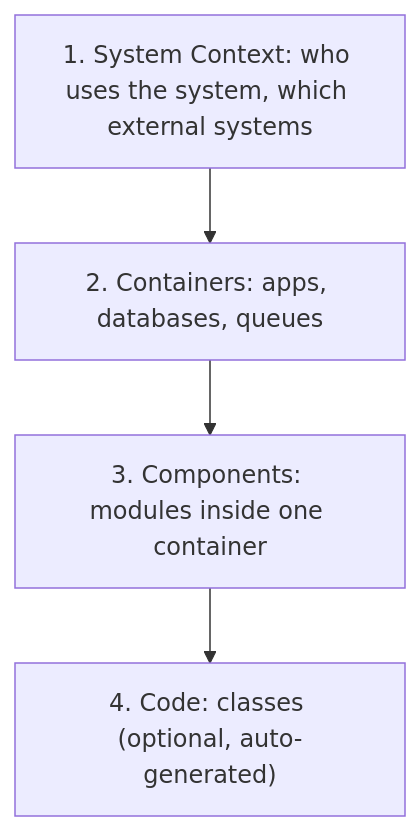
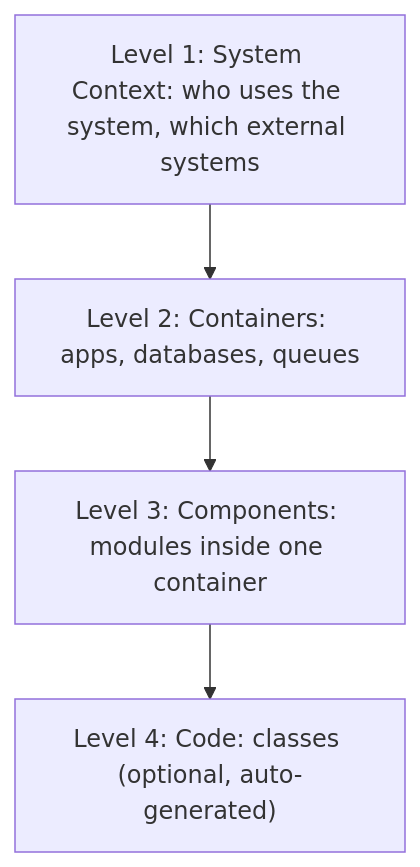
The first of 2 diagrams in eng/37. Architecture and Technical Leadership/10. How to document architecture with ADRs and the C4 model.md (saraswatdeepesh19/Interview-Preparation), drawn with Mermaid before and after one commit. The commit also changed 8 other files, not shown here.

First line of the commit message:
Render Mermaid diagrams on the site

````diff
--- a/eng/37. Architecture and Technical Leadership/10. How to document architecture with ADRs and the C4 model.md
+++ b/eng/37. Architecture and Technical Leadership/10. How to document architecture with ADRs and the C4 model.md
@@ -12,6 +12,6 @@
 ```mermaid
 graph TD
-    A["1. System Context: who uses the system, which external systems"] --> B["2. Containers: apps, databases, queues"]
-    B --> C["3. Components: modules inside one container"]
-    C --> D["4. Code: classes (optional, auto-generated)"]
+    A["Level 1: System Context: who uses the system, which external systems"] --> B["Level 2: Containers: apps, databases, queues"]
+    B --> C["Level 3: Components: modules inside one container"]
+    C --> D["Level 4: Code: classes (optional, auto-generated)"]
 ```
````
